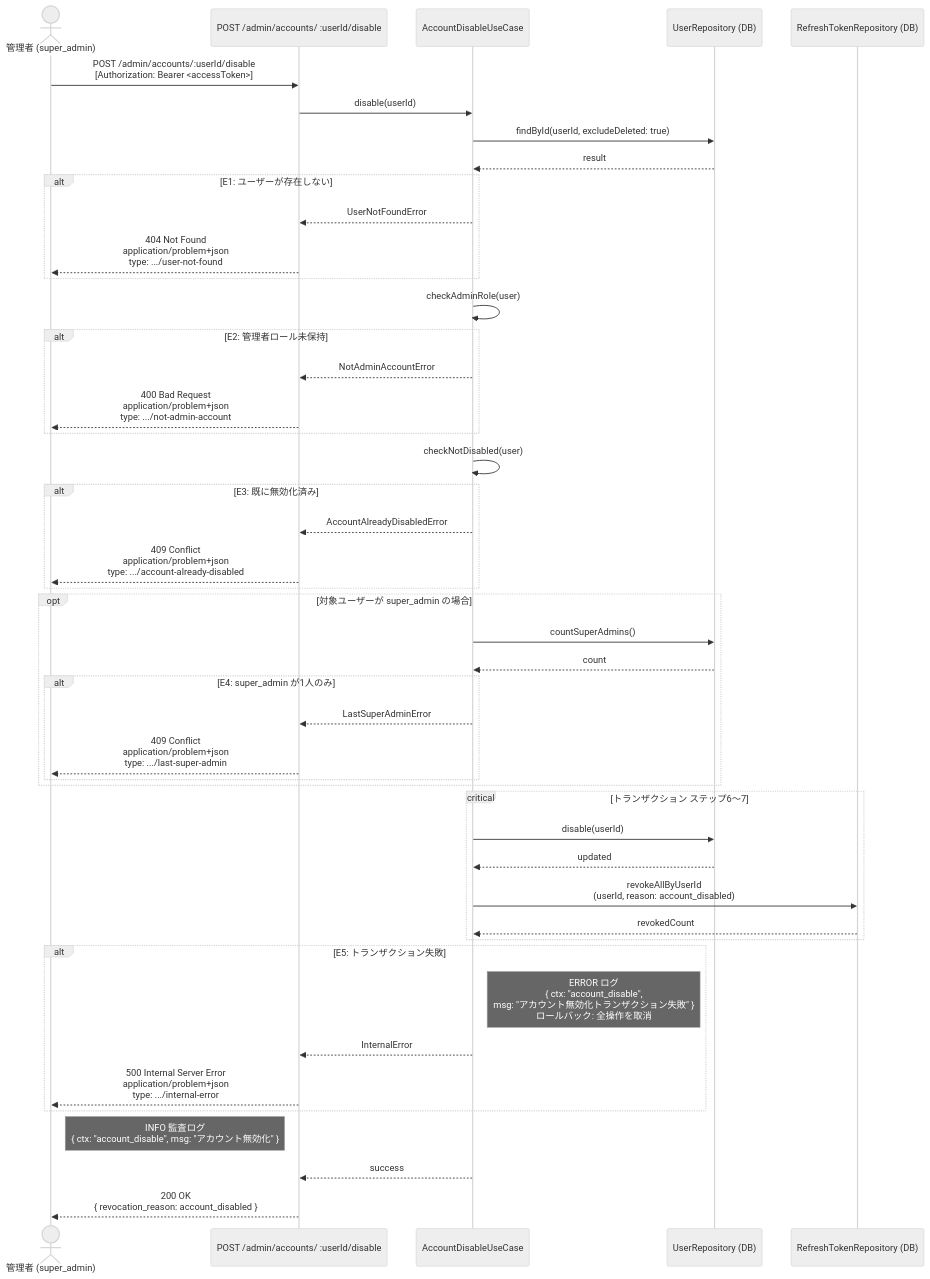
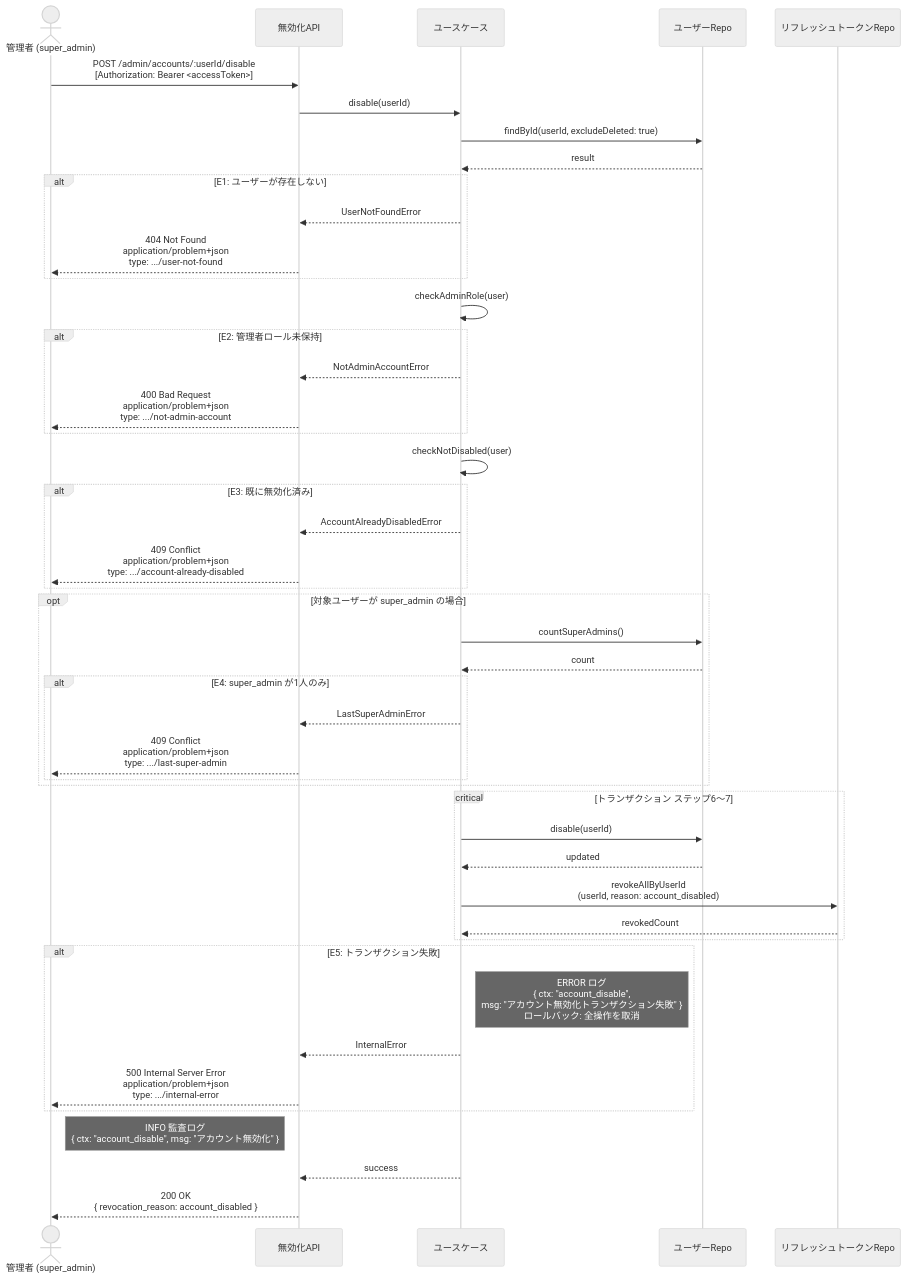
Before and after one commit to suunet/POC_HYDRA_AUTH: the second of 2 diagrams in .docs/design/buc/BUC-A04.md, drawn with Mermaid (neutral theme). The commit also changed 15 other files, not shown here.

````diff
--- a/.docs/design/buc/BUC-A04.md
+++ b/.docs/design/buc/BUC-A04.md
@@ -116,48 +116,48 @@
 ```mermaid
 sequenceDiagram
-  actor 管理者 as 管理者 (super_admin)
-  participant 無効化API as POST /admin/accounts/ :userId/disable
-  participant ユースケース as AccountDisableUseCase
-  participant ユーザーRepo as UserRepository (DB)
-  participant リフレッシュトークンRepo as RefreshTokenRepository (DB)
-  管理者->>無効化API: POST /admin/accounts/:userId/disable<br/>[Authorization: Bearer <accessToken>]
-  無効化API->>ユースケース: disable(userId)
-  ユースケース->>ユーザーRepo: findById(userId, excludeDeleted: true)
-  ユーザーRepo-->>ユースケース: result
+  actor Admin as 管理者 (super_admin)
+  participant DisableAPI as 無効化API
+  participant UseCase as ユースケース
+  participant UserRepo as ユーザーRepo
+  participant RefreshRepo as リフレッシュトークンRepo
+  Admin->>DisableAPI: POST /admin/accounts/:userId/disable<br/>[Authorization: Bearer <accessToken>]
+  DisableAPI->>UseCase: disable(userId)
+  UseCase->>UserRepo: findById(userId, excludeDeleted: true)
+  UserRepo-->>UseCase: result
   alt E1: ユーザーが存在しない
-  ユースケース-->>無効化API: UserNotFoundError
-  無効化API-->>管理者: 404 Not Found<br/>application/problem+json<br/>type: .../user-not-found
+  UseCase-->>DisableAPI: UserNotFoundError
+  DisableAPI-->>Admin: 404 Not Found<br/>application/problem+json<br/>type: .../user-not-found
   end
-  ユースケース->>ユースケース: checkAdminRole(user)
+  UseCase->>UseCase: checkAdminRole(user)
   alt E2: 管理者ロール未保持
-  ユースケース-->>無効化API: NotAdminAccountError
-  無効化API-->>管理者: 400 Bad Request<br/>application/problem+json<br/>type: .../not-admin-account
+  UseCase-->>DisableAPI: NotAdminAccountError
+  DisableAPI-->>Admin: 400 Bad Request<br/>application/problem+json<br/>type: .../not-admin-account
   end
-  ユースケース->>ユースケース: checkNotDisabled(user)
+  UseCase->>UseCase: checkNotDisabled(user)
   alt E3: 既に無効化済み
-  ユースケース-->>無効化API: AccountAlreadyDisabledError
-  無効化API-->>管理者: 409 Conflict<br/>application/problem+json<br/>type: .../account-already-disabled
+  UseCase-->>DisableAPI: AccountAlreadyDisabledError
+  DisableAPI-->>Admin: 409 Conflict<br/>application/problem+json<br/>type: .../account-already-disabled
   end
   opt 対象ユーザーが super_admin の場合
-  ユースケース->>ユーザーRepo: countSuperAdmins()
-  ユーザーRepo-->>ユースケース: count
+  UseCase->>UserRepo: countSuperAdmins()
+  UserRepo-->>UseCase: count
   alt E4: super_admin が1人のみ
-  ユースケース-->>無効化API: LastSuperAdminError
-  無効化API-->>管理者: 409 Conflict<br/>application/problem+json<br/>type: .../last-super-admin
+  UseCase-->>DisableAPI: LastSuperAdminError
+  DisableAPI-->>Admin: 409 Conflict<br/>application/problem+json<br/>type: .../last-super-admin
   end
   end
   critical トランザクション ステップ6〜7
-  ユースケース->>ユーザーRepo: disable(userId)
-  ユーザーRepo-->>ユースケース: updated
-  ユースケース->>リフレッシュトークンRepo: revokeAllByUserId<br/>(userId, reason: account_disabled)
-  リフレッシュトークンRepo-->>ユースケース: revokedCount
+  UseCase->>UserRepo: disable(userId)
+  UserRepo-->>UseCase: updated
+  UseCase->>RefreshRepo: revokeAllByUserId<br/>(userId, reason: account_disabled)
+  RefreshRepo-->>UseCase: revokedCount
   end
   alt E5: トランザクション失敗
-  Note right of ユースケース: ERROR ログ<br/>{ ctx: "account_disable",<br/>msg: "アカウント無効化トランザクション失敗" }<br/>ロールバック: 全操作を取消
-  ユースケース-->>無効化API: InternalError
-  無効化API-->>管理者: 500 Internal Server Error<br/>application/problem+json<br/>type: .../internal-error
+  Note right of UseCase: ERROR ログ<br/>{ ctx: "account_disable",<br/>msg: "アカウント無効化トランザクション失敗" }<br/>ロールバック: 全操作を取消
+  UseCase-->>DisableAPI: InternalError
+  DisableAPI-->>Admin: 500 Internal Server Error<br/>application/problem+json<br/>type: .../internal-error
   end
-  Note right of 管理者: INFO 監査ログ<br/>{ ctx: "account_disable", msg: "アカウント無効化" }
-  ユースケース-->>無効化API: success
-  無効化API-->>管理者: 200 OK<br/>{ revocation_reason: account_disabled }
+  Note right of Admin: INFO 監査ログ<br/>{ ctx: "account_disable", msg: "アカウント無効化" }
+  UseCase-->>DisableAPI: success
+  DisableAPI-->>Admin: 200 OK<br/>{ revocation_reason: account_disabled }
 ```
````
